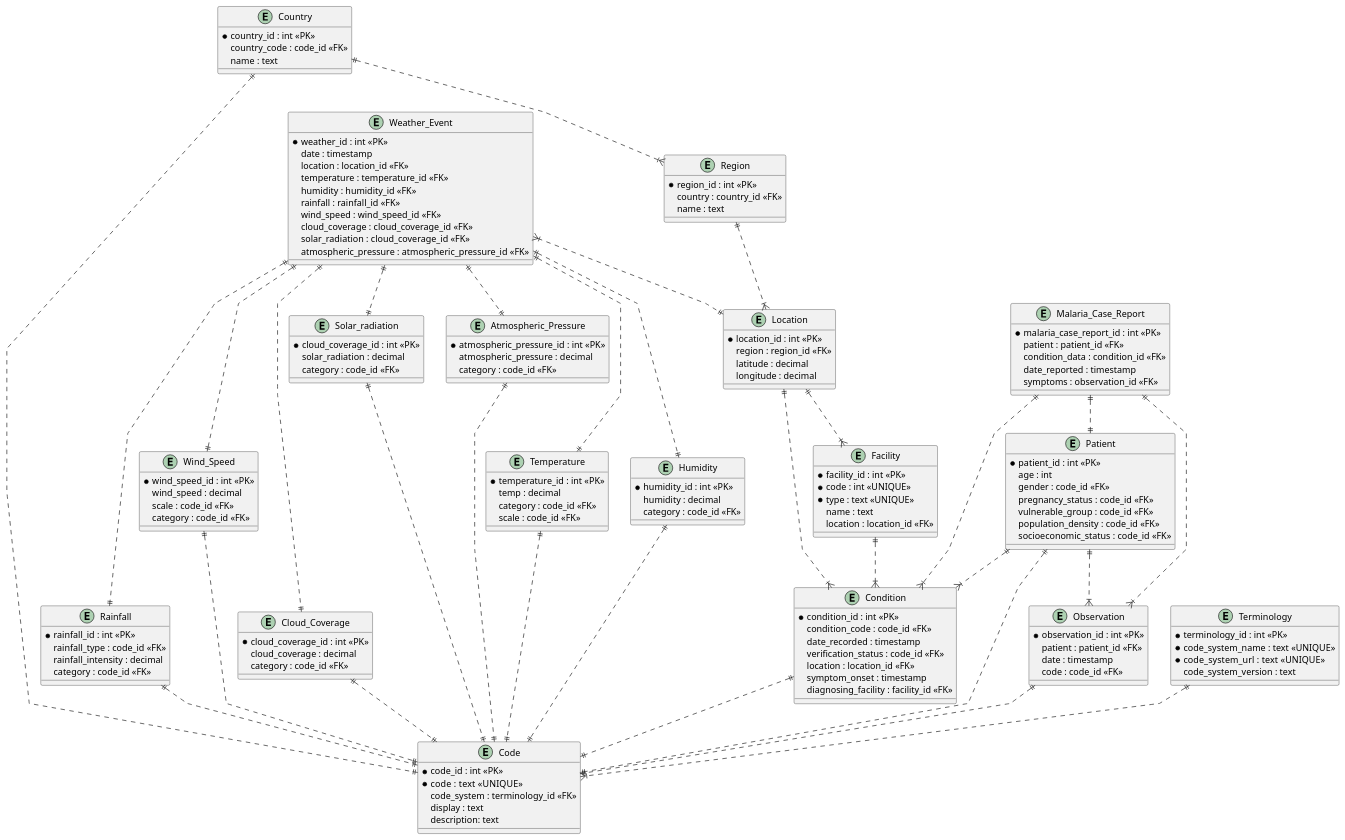
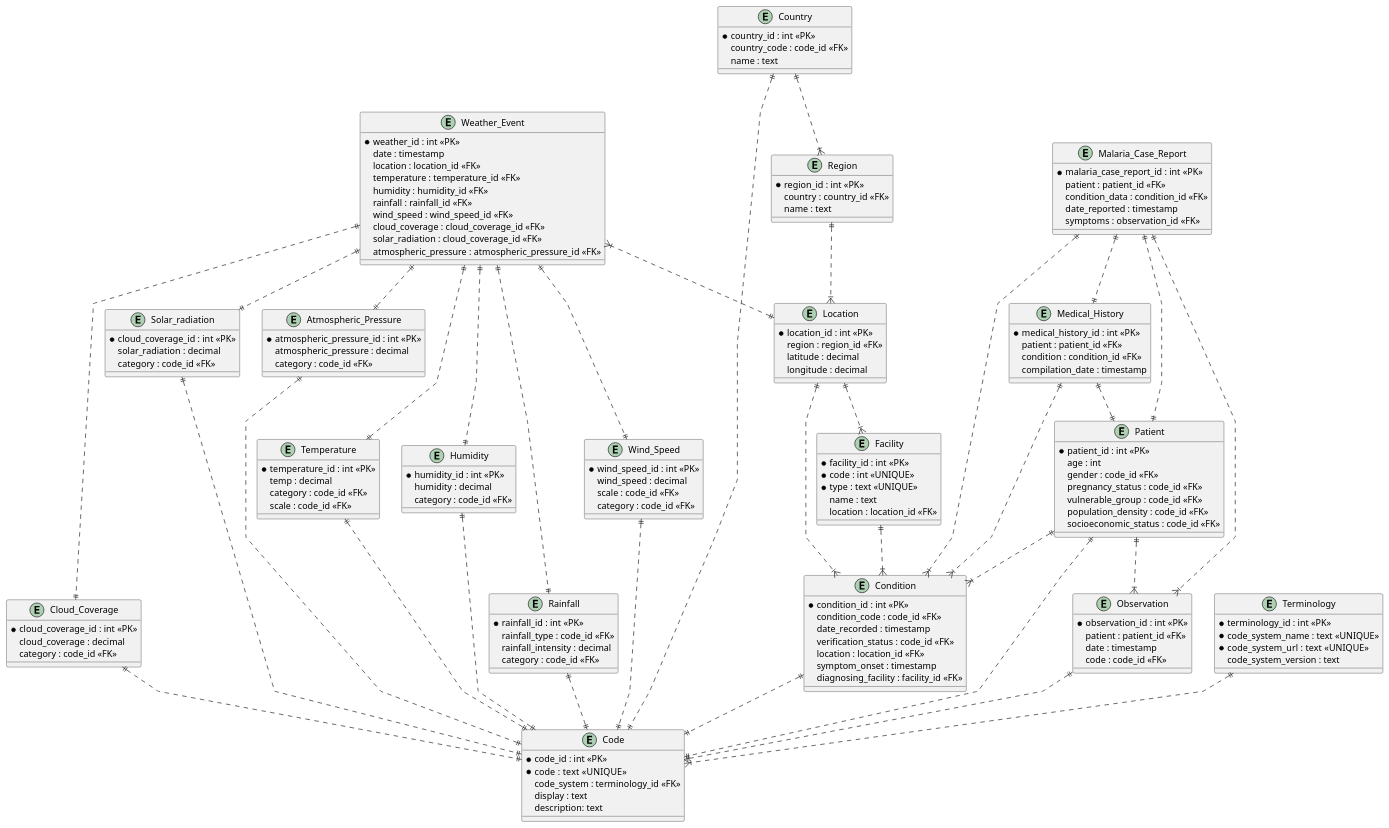
The diagram in One Health ERD.plantuml (rmrlangford/One-Health), drawn with PlantUML before and after one commit.

Commit message:
Update One Health ERD.plantuml

```diff
--- a/One Health ERD.plantuml
+++ b/One Health ERD.plantuml
@@ -1,174 +1,183 @@
 @startuml
 
 ' avoid problems with angled crows feet
 'skinparam linetype ortho
 skinparam linetype polyline
 
 entity "Weather_Event" as e01 {
     *weather_id : int <<PK>>
     date : timestamp
     location : location_id <<FK>>
     temperature : temperature_id <<FK>>
     humidity : humidity_id <<FK>>
     rainfall : rainfall_id <<FK>>
     wind_speed : wind_speed_id <<FK>>
     cloud_coverage : cloud_coverage_id <<FK>>
     solar_radiation : cloud_coverage_id <<FK>>
     atmospheric_pressure : atmospheric_pressure_id <<FK>>
 }
 
 entity "Temperature" as e10 {
     *temperature_id : int <<PK>>
     temp : decimal
     category : code_id <<FK>>
     scale : code_id <<FK>>
 }
 
 entity "Location" as e02 {
     *location_id : int <<PK>>
     region : region_id <<FK>>
     latitude : decimal
     longitude : decimal
 }
 
 entity "Region" as e03 {
     *region_id : int <<PK>>
     country : country_id <<FK>>
     name : text
 }
 
 entity "Country" as e04 {
     *country_id : int <<PK>>
     country_code : code_id <<FK>>
     name : text
 }
 
 entity "Facility" as e05 {
     *facility_id : int <<PK>>
     *code : int <<UNIQUE>>
     *type : text <<UNIQUE>>
     name : text
     location : location_id <<FK>>
 }
 
 entity "Condition" as e08 {
     *condition_id : int <<PK>>
     condition_code : code_id <<FK>>
     date_recorded : timestamp
     verification_status : code_id <<FK>>
     location : location_id <<FK>>
     symptom_onset : timestamp
     diagnosing_facility : facility_id <<FK>>
 }
 
 entity "Terminology" as e13 {
     *terminology_id : int <<PK>>
     *code_system_name : text <<UNIQUE>>
     *code_system_url : text  <<UNIQUE>>
     code_system_version : text
 }
 
 entity "Code" as e14 {
     *code_id : int <<PK>>
     *code : text  <<UNIQUE>>
     code_system : terminology_id <<FK>>
     display : text
     description: text
 }
 
 entity "Humidity" as e15 {
     *humidity_id : int <<PK>>
     humidity : decimal
     category : code_id <<FK>>
 }
 
 entity "Patient" as e17 {
     *patient_id : int <<PK>>
     age : int
     gender : code_id <<FK>>
     pregnancy_status : code_id <<FK>>
     vulnerable_group : code_id <<FK>>
     population_density : code_id <<FK>>
     socioeconomic_status : code_id <<FK>>
 }
 
 entity "Rainfall" as e20 {
     *rainfall_id : int <<PK>>
     rainfall_type : code_id <<FK>>
     rainfall_intensity : decimal
     category : code_id <<FK>>
 }
 
 entity "Wind_Speed" as e23 {
     *wind_speed_id : int <<PK>>
     wind_speed : decimal
     scale : code_id <<FK>>
     category : code_id <<FK>>
 }
 
 entity "Cloud_Coverage" as e24 {
     *cloud_coverage_id : int <<PK>>
     cloud_coverage : decimal
     category : code_id <<FK>>
 }
 
 entity "Solar_radiation" as e25 {
     *cloud_coverage_id : int <<PK>>
     solar_radiation : decimal
     category : code_id <<FK>>
 }
 
 entity "Atmospheric_Pressure" as e26 {
     *atmospheric_pressure_id : int <<PK>>
     atmospheric_pressure : decimal
     category : code_id <<FK>>
 }
 
 entity "Malaria_Case_Report" as e27 {
     *malaria_case_report_id : int <<PK>>
     patient : patient_id <<FK>>
     condition_data : condition_id <<FK>>
     date_reported : timestamp
     symptoms : observation_id <<FK>>
 }
 
 entity "Observation" as e28 {
     *observation_id : int <<PK>>
     patient : patient_id <<FK>>
     date : timestamp
     code : code_id <<FK>>
 }
 
+entity "Medical_History" as e29 {
+    *medical_history_id : int <<PK>>
+    patient : patient_id <<FK>>
+    condition : condition_id <<FK>>
+    compilation_date : timestamp
+}
+
 e01 }|..|| e02
 e03 ||..|{ e02
 e04 ||..|{ e03
 e02 ||..|{ e05
 e02 ||..|{ e08
 e05 ||..|{ e08
 e01 ||..|| e10
 e13 ||..|{ e14
 e08 ||..|| e14
 e04 ||..|| e14
 e15 ||..|| e14
 e01 ||..|| e15
 e10 ||..|| e14
 e17 ||..|| e14
 e17 ||..|{ e08
 e01 ||..|| e20
 e20 ||..|| e14
 e01 ||..|| e23
 e23 ||..|| e14
 e01 ||..|| e24
 e24 ||..|| e14
 e01 ||..|| e25
 e25 ||..|| e14
 e01 ||..|| e26
 e26 ||..|| e14
 e27 ||..|| e17
 e27 ||..|{ e08
 e17 ||..|{ e28
 e28 ||..|| e14
 e27 ||..|{ e28
-
+e29 ||..|{ e08
+e29 ||..|| e17
+e27 ||..|| e29
 
 @enduml
```
